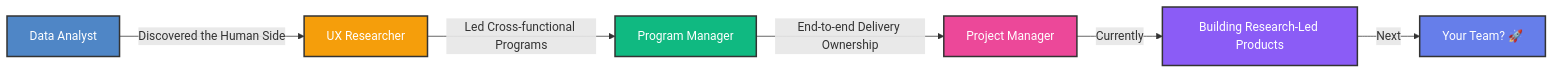
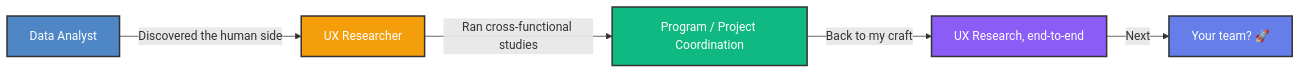
The diagram in README.md (snehaDebBarma/snehaDebbarma), drawn with Mermaid before and after one commit. The commit also changed other lines of this file, not shown here.

````diff
--- a/README.md
+++ b/README.md
@@ -109,15 +90,13 @@
 ```mermaid
 graph LR
-    A[Data Analyst] -->|Discovered the Human Side| B[UX Researcher]
-    B -->|Led Cross-functional Programs| C[Program Manager]
-    C -->|End-to-end Delivery Ownership| D[Project Manager]
-    D -->|Currently| E[Building Research-Led Products]
-    E -->|Next| F[Your Team? 🚀]
+    A[Data Analyst] -->|Discovered the human side| B[UX Researcher]
+    B -->|Ran cross-functional studies| C[Program / Project Coordination]
+    C -->|Back to my craft| D[UX Research, end-to-end]
+    D -->|Next| E[Your team? 🚀]
 
     style A fill:#4F86C6,stroke:#333,stroke-width:2px,color:#fff
     style B fill:#F59E0B,stroke:#333,stroke-width:2px,color:#fff
     style C fill:#10B981,stroke:#333,stroke-width:2px,color:#fff
-    style D fill:#EC4899,stroke:#333,stroke-width:2px,color:#fff
-    style E fill:#8B5CF6,stroke:#333,stroke-width:2px,color:#fff
-    style F fill:#667EEA,stroke:#333,stroke-width:2px,color:#fff
+    style D fill:#8B5CF6,stroke:#333,stroke-width:2px,color:#fff
+    style E fill:#667EEA,stroke:#333,stroke-width:2px,color:#fff
 ```
````
